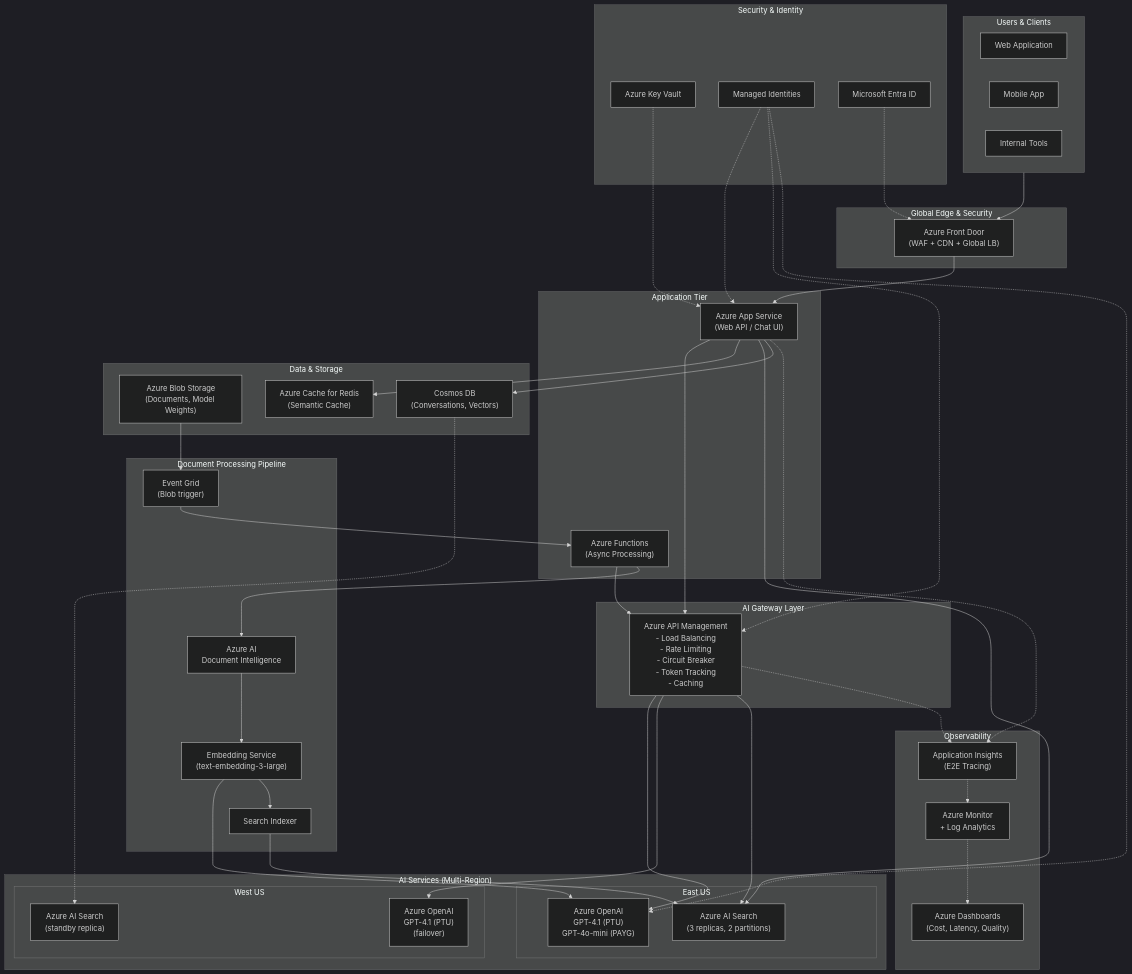
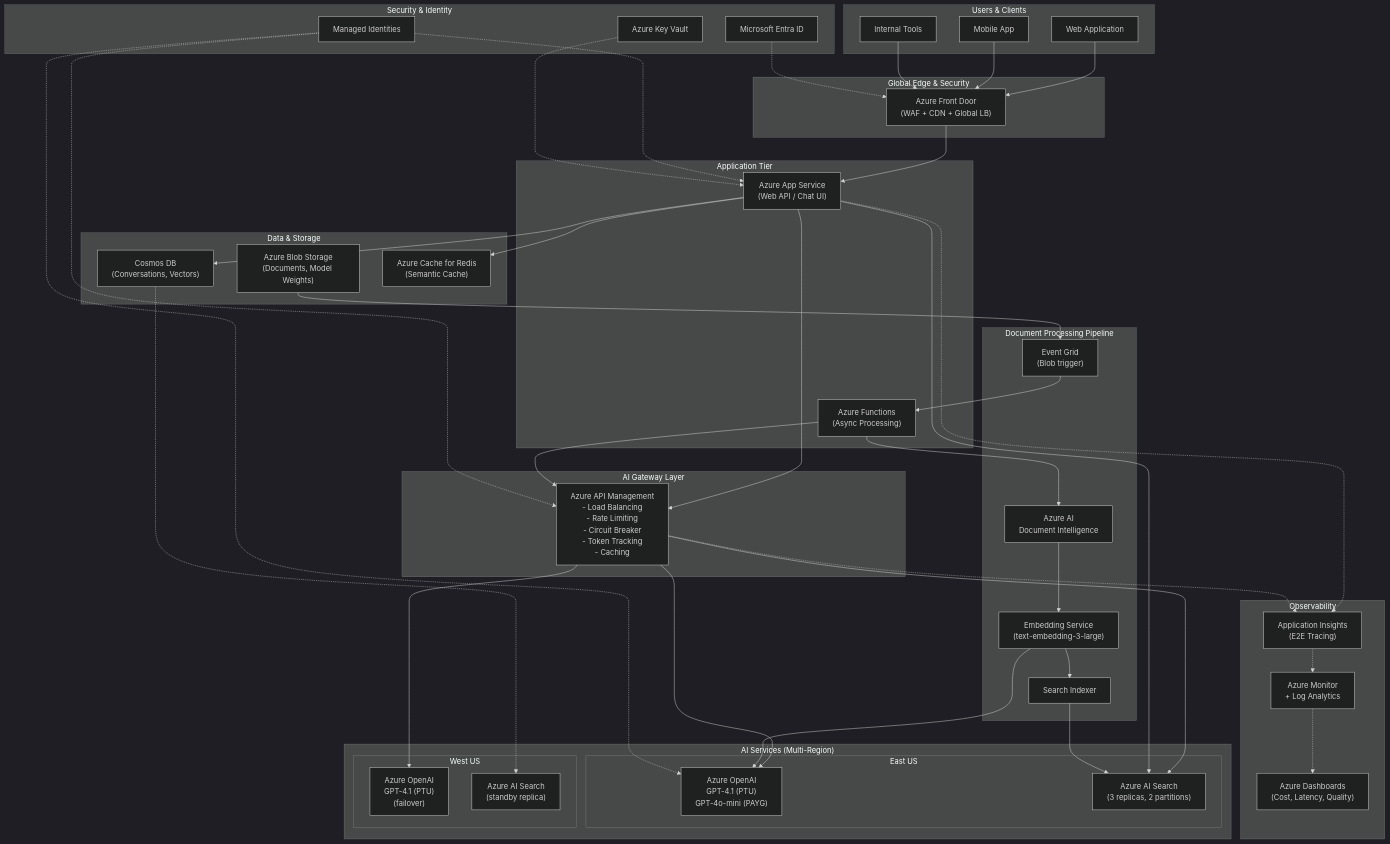
Before and after one commit to frootai/frootai: the tenth of 10 diagrams in docs/AI-Infrastructure.md, drawn with Mermaid (dark theme). The commit also changed other lines of this file and 15 other files, not shown here.

Commit message:
docs: harden learning module diagrams

```diff
--- a/docs/AI-Infrastructure.md
+++ b/docs/AI-Infrastructure.md
@@ -889,7 +889,9 @@
         Entra["Microsoft Entra ID"]
     end
 
-    Users --> FD
+    WebApp --> FD
+    MobileApp --> FD
+    InternalTool --> FD
     FD --> AppSvc
     AppSvc --> APIM
     AppSvc --> Redis
```
